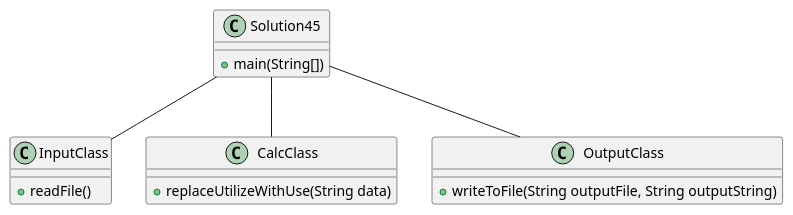
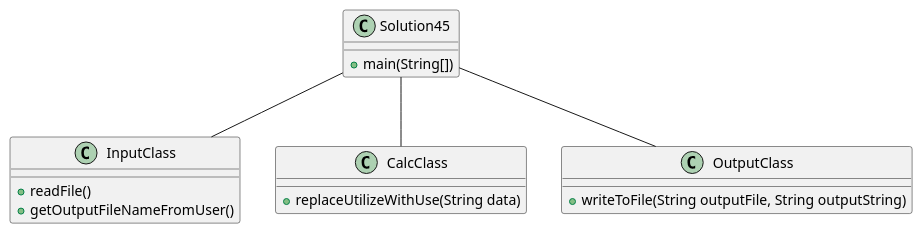
The diagram in exercise45/docs/Class Diagram.puml (BlakeLoch/lochmandy-a04), drawn with PlantUML before and after one commit. The commit also changed 11 other files, not shown here.

```diff
--- a/exercise45/docs/Class Diagram.puml
+++ b/exercise45/docs/Class Diagram.puml
@@ -1,24 +1,25 @@
 @startuml
 
 class InputClass {
   +readFile()
+  +getOutputFileNameFromUser()
 }
 
 class CalcClass {
   +replaceUtilizeWithUse(String data)
 }
 
 
 class OutputClass {
   +writeToFile(String outputFile, String outputString)
 }
 
 class Solution45 {
 +main(String[])
 }
 
 Solution45 -- InputClass
 Solution45 -- CalcClass
 Solution45 -- OutputClass
 
 @enduml
```
